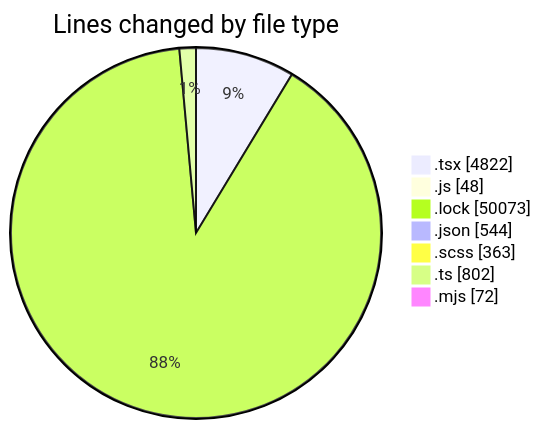
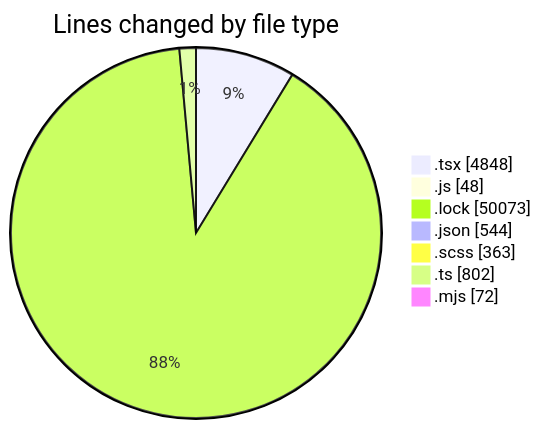
Before and after one commit to momahboobian/code-tracking: the first of 2 diagrams in 2026-05-15/cda/README.md, drawn with Mermaid. The commit also changed other lines of this file and 1 other file, not shown here.

````diff
--- a/2026-05-15/cda/README.md
+++ b/2026-05-15/cda/README.md
@@ -64,11 +64,11 @@
 ```mermaid
 pie showData
 title Lines changed by file type
-".tsx" : 4822
+".tsx" : 4848
 ".js" : 48
 ".lock" : 50073
 ".json" : 544
 ".scss" : 363
 ".ts" : 802
 ".mjs" : 72
 ```
````
